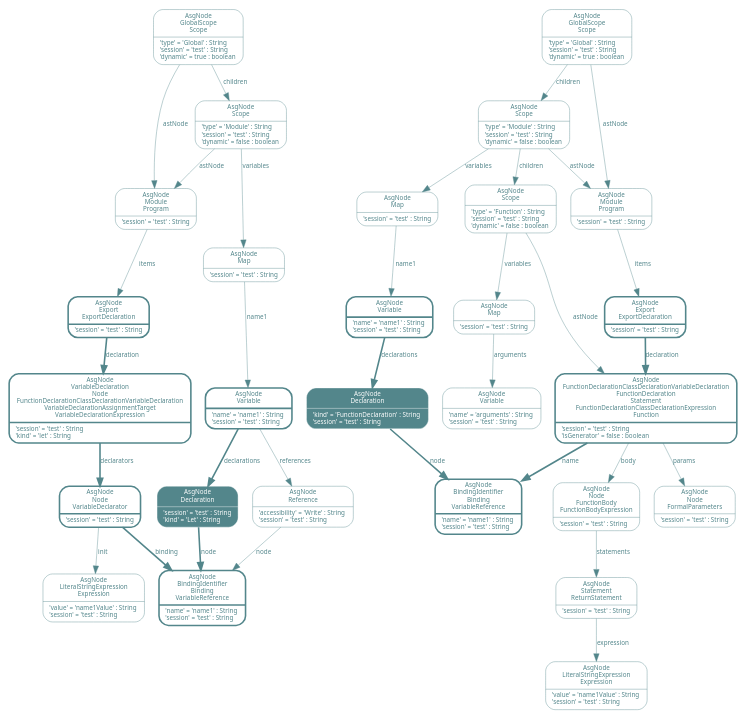
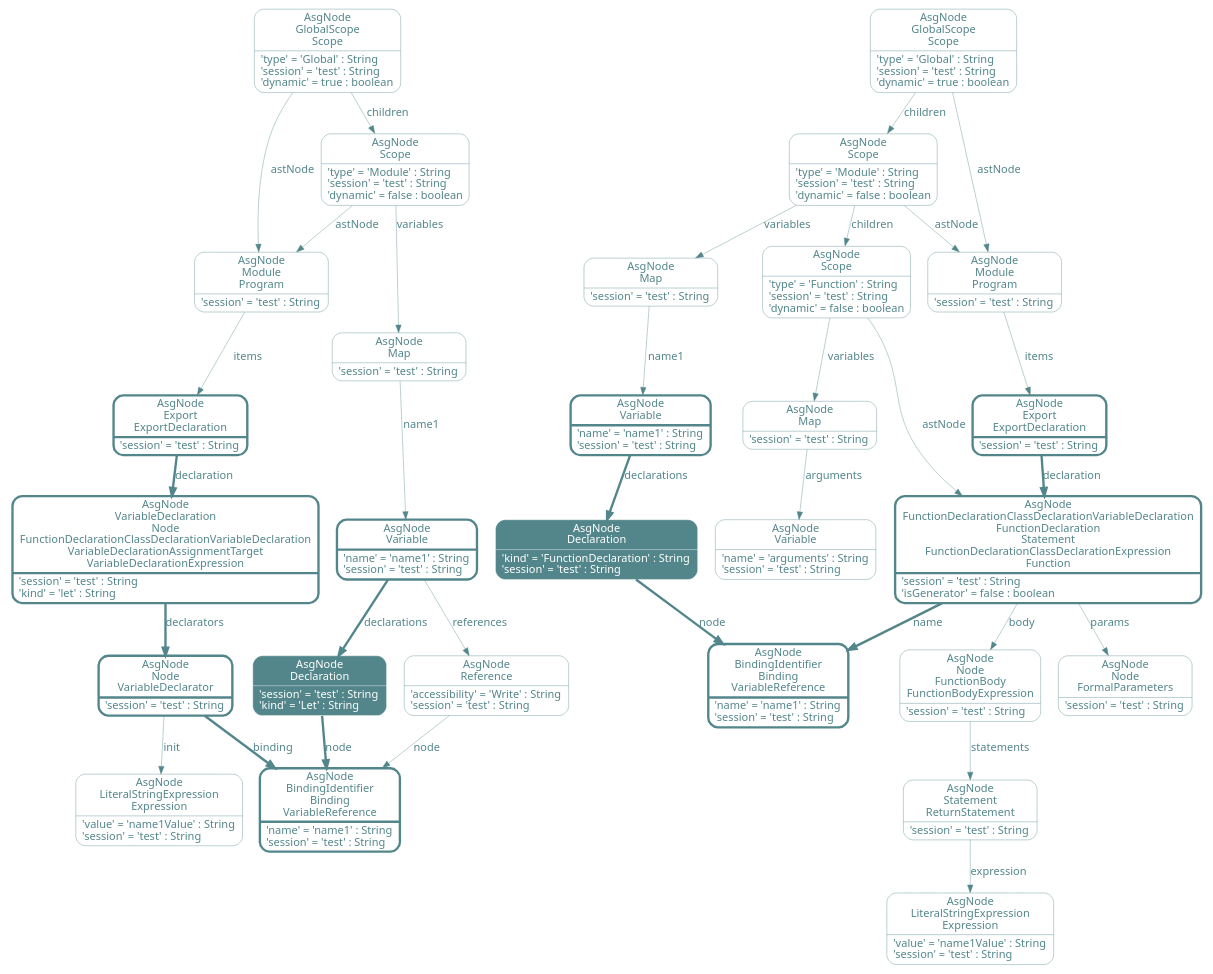
Before and after one commit to luczsoma/bsc-thesis: the diagram in src/figures/export-declaration-demonstration.dot, drawn with Graphviz. The commit also changed 6 other files, not shown here.

Commit message:
Graph figures resized

```diff
--- a/src/figures/export-declaration-demonstration.dot
+++ b/src/figures/export-declaration-demonstration.dot
@@ -1,6 +1,7 @@
 digraph Neo {
+  ratio = 0.8
   node [
-    fontsize = "8"
+    fontsize = "14"
     shape = "Mrecord"
     fontname = "Noto Sans"
     color = "cadetblue4"
@@ -9,14 +10,14 @@
   ]
   edge [
     fontname = "Noto Sans"
-    fontsize = "8"
+    fontsize = "14"
     color = "cadetblue4"
     fontcolor = "cadetblue4"
     penwidth = 0.5
   ]
   N3 [
     label = "{AsgNode\nBindingIdentifier\nBinding\nVariableReference|'name' = 'name1' : String\l'session' = 'test' : String\l}"
-    penwidth = 2
+    penwidth = 3
   ]
   N5 [
     label = "{AsgNode\nModule\nProgram|'session' = 'test' : String\l}"
@@ -32,11 +33,11 @@
   ]
   N8 [
     label = "{AsgNode\nExport\nExportDeclaration|'session' = 'test' : String\l}"
-    penwidth = 2
+    penwidth = 3
   ]
   N8 -> N37 [
     label = "declaration\n"
-    penwidth = 2
+    penwidth = 3
   ]
   N11 [
     label = "{AsgNode\nGlobalScope\nScope|'type' = 'Global' : String\l'session' = 'test' : String\l'dynamic' = true : boolean\l}"
@@ -49,11 +50,11 @@
   ]
   N13 [
     label = "{AsgNode\nVariable|'name' = 'name1' : String\l'session' = 'test' : String\l}"
-    penwidth = 2
+    penwidth = 3
   ]
   N13 -> N43 [
     label = "declarations\n"
-    penwidth = 2
+    penwidth = 3
   ]
   N13 -> N42 [
     label = "references\n"
@@ -72,22 +73,22 @@
   ]
   N37 [
     label = "{AsgNode\nVariableDeclaration\nNode\nFunctionDeclarationClassDeclarationVariableDeclaration\nVariableDeclarationAssignmentTarget\nVariableDeclarationExpression|'session' = 'test' : String\l'kind' = 'let' : String\l}"
-    penwidth = 2
+    penwidth = 3
   ]
   N37 -> N39 [
     label = "declarators\n"
-    penwidth = 2
+    penwidth = 3
   ]
   N39 [
     label = "{AsgNode\nNode\nVariableDeclarator|'session' = 'test' : String\l}"
-    penwidth = 2
+    penwidth = 3
   ]
   N39 -> N34 [
     label = "init\n"
   ]
   N39 -> N3 [
     label = "binding\n"
-    penwidth = 2
+    penwidth = 3
   ]
   N42 [
     label = "{AsgNode\nReference|'accessibility' = 'Write' : String\l'session' = 'test' : String\l}"
@@ -104,7 +105,7 @@
   ]
   N43 -> N3 [
     label = "node\n"
-    penwidth = 2
+    penwidth = 3
   ]
   N49 [
     label = "{AsgNode\nNode\nFormalParameters|'session' = 'test' : String\l}"
@@ -120,7 +121,7 @@
   ]
   N54 [
     label = "{AsgNode\nBindingIdentifier\nBinding\nVariableReference|'name' = 'name1' : String\l'session' = 'test' : String\l}"
-    penwidth = 2
+    penwidth = 3
   ]
   N58 [
     label = "{AsgNode\nMap|'session' = 'test' : String\l}"
@@ -143,15 +144,15 @@
   ]
   N68 -> N54 [
     label = "node\n"
-    penwidth = 2
+    penwidth = 3
   ]
   N69 [
     label = "{AsgNode\nVariable|'name' = 'name1' : String\l'session' = 'test' : String\l}"
-    penwidth = 2
+    penwidth = 3
   ]
   N69 -> N68 [
     label = "declarations\n"
-    penwidth = 2
+    penwidth = 3
   ]
   N72 [
     label = "{AsgNode\nModule\nProgram|'session' = 'test' : String\l}"
@@ -167,18 +168,18 @@
   ]
   N76 [
     label = "{AsgNode\nExport\nExportDeclaration|'session' = 'test' : String\l}"
-    penwidth = 2
+    penwidth = 3
   ]
   N76 -> N84 [
     label = "declaration\n"
-    penwidth = 2
+    penwidth = 3
   ]
   N79 [
     label = "{AsgNode\nVariable|'name' = 'arguments' : String\l'session' = 'test' : String\l}"
   ]
   N84 [
     label = "{AsgNode\nFunctionDeclarationClassDeclarationVariableDeclaration\nFunctionDeclaration\nStatement\nFunctionDeclarationClassDeclarationExpression\nFunction|'session' = 'test' : String\l'isGenerator' = false : boolean\l}"
-    penwidth = 2
+    penwidth = 3
   ]
   N84 -> N67 [
     label = "body\n"
@@ -188,7 +189,7 @@
   ]
   N84 -> N54 [
     label = "name\n"
-    penwidth = 2
+    penwidth = 3
   ]
   N91 [
     label = "{AsgNode\nStatement\nReturnStatement|'session' = 'test' : String\l}"
```
